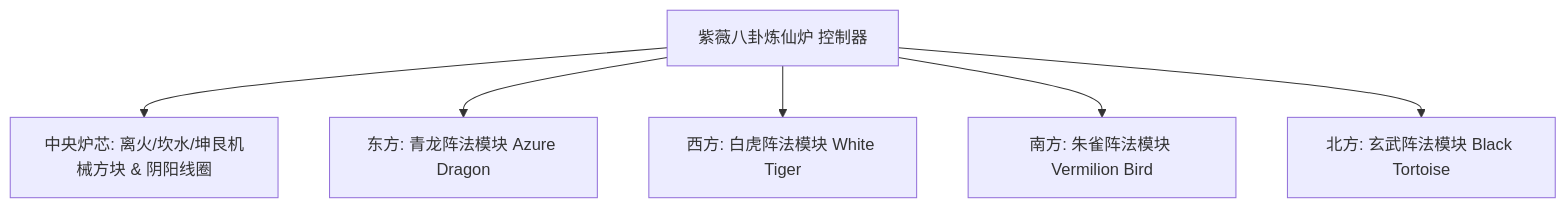
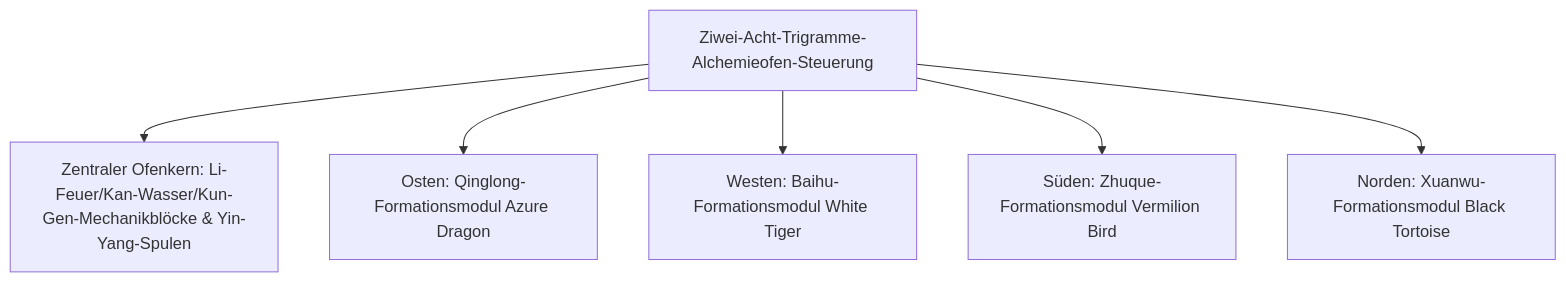
One commit to takanashisatou/GregtechEasy-Docs changed the diagram in docs/de/gtecore/yin-yang-and-four-symbols.md. Above: the diagram before and after it, drawn with Mermaid. The commit also changed other lines of this file and 99 other files, not shown here.

````diff
--- a/docs/de/gtecore/yin-yang-and-four-symbols.md
+++ b/docs/de/gtecore/yin-yang-and-four-symbols.md
@@ -11,8 +11,8 @@
 ```mermaid
 graph TD
-    A[紫薇八卦炼仙炉 控制器] --> B[中央炉芯: 离火/坎水/坤艮机械方块 & 阴阳线圈]
-    A --> C[东方: 青龙阵法模块 Azure Dragon]
-    A --> D[西方: 白虎阵法模块 White Tiger]
-    A --> E[南方: 朱雀阵法模块 Vermilion Bird]
-    A --> F[北方: 玄武阵法模块 Black Tortoise]
+    A[Ziwei-Acht-Trigramme-Alchemieofen-Steuerung] --> B[Zentraler Ofenkern: Li-Feuer/Kan-Wasser/Kun-Gen-Mechanikblöcke & Yin-Yang-Spulen]
+    A --> C[Osten: Qinglong-Formationsmodul Azure Dragon]
+    A --> D[Westen: Baihu-Formationsmodul White Tiger]
+    A --> E[Süden: Zhuque-Formationsmodul Vermilion Bird]
+    A --> F[Norden: Xuanwu-Formationsmodul Black Tortoise]
 ```
````
